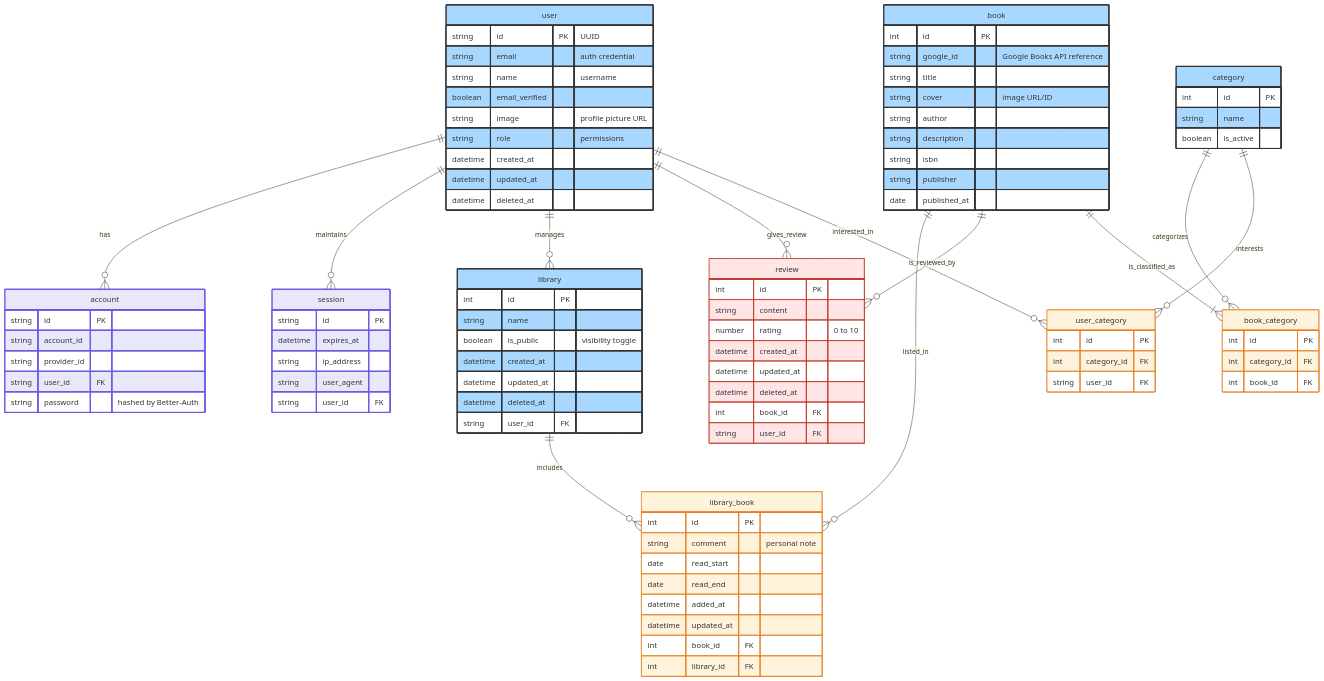
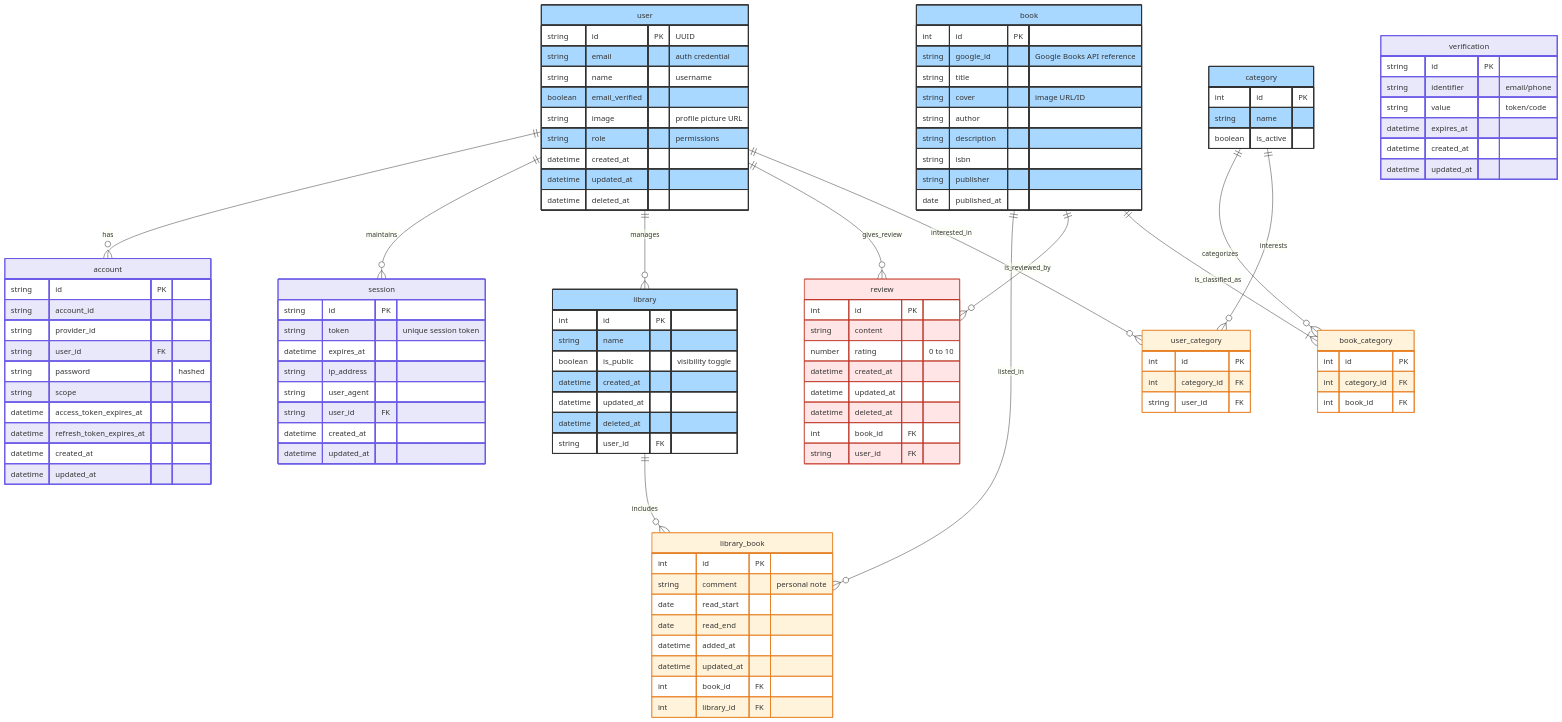
One commit to Mohinsch/BookyBlinders changed the diagram in booky-blinders/conception/ErdBb.md. Above: the diagram before and after it, drawn with Mermaid. The commit also changed 2 other files, not shown here.

Commit message:
fix: add new erd schema to complete better-auth definition schema

```diff
--- a/booky-blinders/conception/ErdBb.md
+++ b/booky-blinders/conception/ErdBb.md
@@ -41,15 +41,32 @@
         string account_id
         string provider_id
         string user_id FK
-        string password "hashed by Better-Auth"
+        string password "hashed"
+        string scope
+        datetime access_token_expires_at
+        datetime refresh_token_expires_at
+        datetime created_at
+        datetime updated_at
     }
 
     session {
         string id PK
+        string token "unique session token"
         datetime expires_at
         string ip_address
         string user_agent
         string user_id FK
+        datetime created_at
+        datetime updated_at
+    }
+
+    verification {
+        string id PK
+        string identifier "email/phone"
+        string value "token/code"
+        datetime expires_at
+        datetime created_at
+        datetime updated_at
     }
 
     %% MVP Business Tables
@@ -122,7 +139,7 @@
     classDef pivot fill:#fff4db,stroke:#e67e22,stroke-width:1px
     classDef evolution fill:#ffe5e5,stroke:#c0392b,stroke-width:1px
 
-    class account,session auth
+    class account,session,verification auth
     class user,library,book,category entity
     class user_category,book_category,library_book pivot
     class review evolution
```
